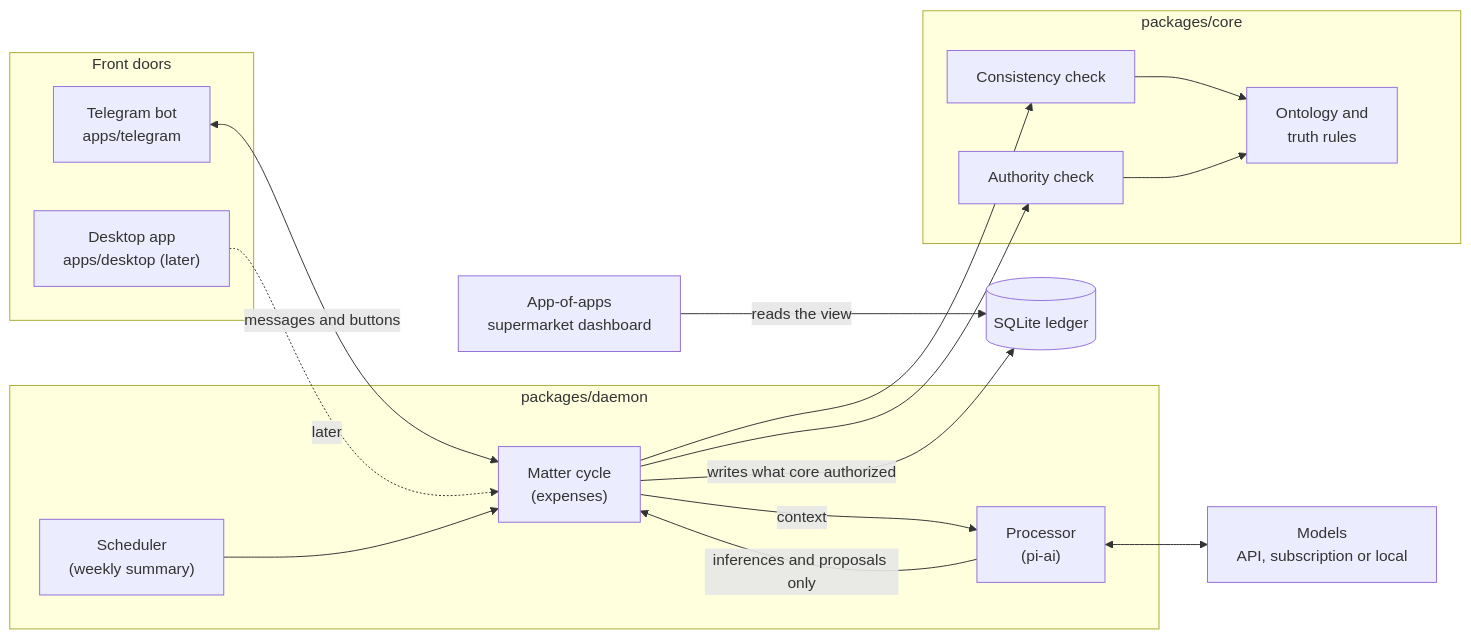
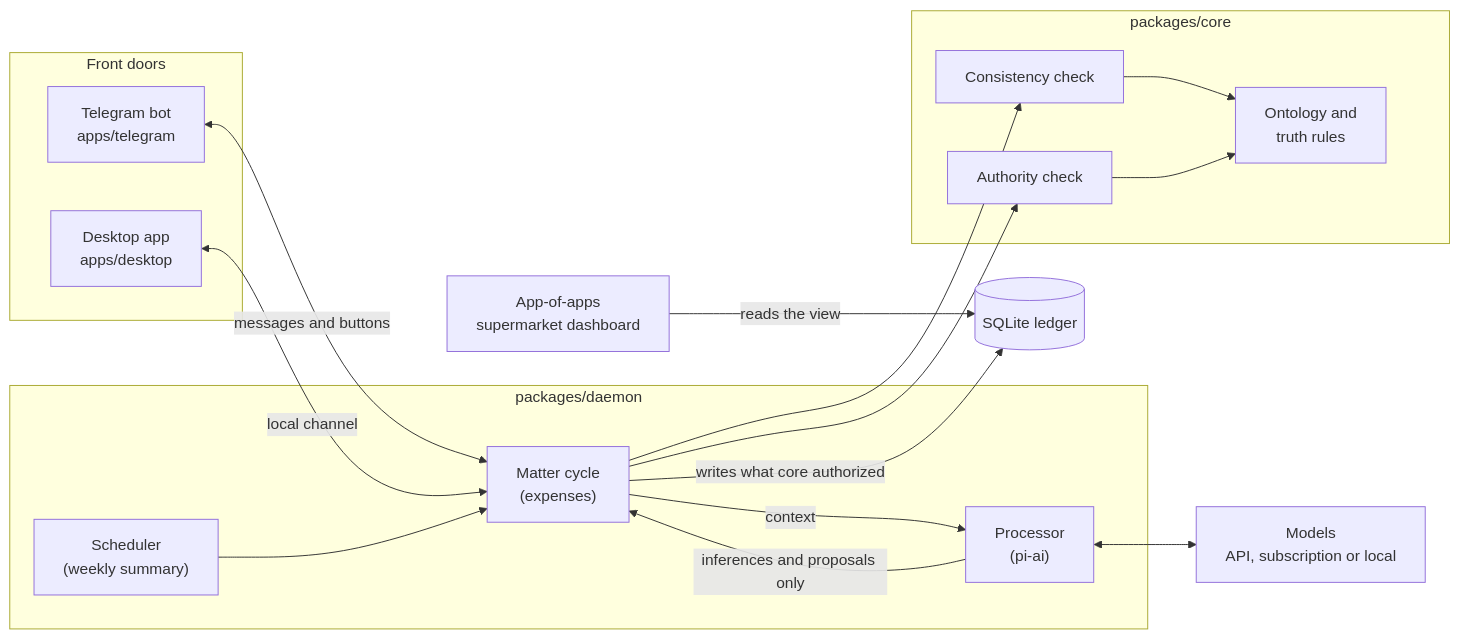
One commit to Sitray/anomander changed the second of 2 diagrams in PRD.md. Above: the diagram before and after it, drawn with Mermaid. The commit also changed other lines of this file and 3 other files, not shown here.

Commit message:
docs: describe the desktop app as built (M6)

````diff
--- a/PRD.md
+++ b/PRD.md
@@ -833,36 +833,36 @@
 ```mermaid
 flowchart LR
     subgraph doors["Front doors"]
         TG["Telegram bot<br/>apps/telegram"]
-        DESK["Desktop app<br/>apps/desktop (later)"]
+        DESK["Desktop app<br/>apps/desktop"]
     end
 
     subgraph daemon["packages/daemon"]
         CYCLE["Matter cycle<br/>(expenses)"]
         SCHED["Scheduler<br/>(weekly summary)"]
         PROC["Processor<br/>(pi-ai)"]
     end
 
     subgraph core["packages/core"]
         TRUTH["Ontology and<br/>truth rules"]
         CONS["Consistency check"]
         AUTH["Authority check"]
     end
 
     DB[("SQLite ledger")]
     MODELS["Models<br/>API, subscription or local"]
     DASH["App-of-apps<br/>supermarket dashboard"]
 
     TG <-->|messages and buttons| CYCLE
-    DESK -.->|later| CYCLE
+    DESK <-->|local channel| CYCLE
     SCHED --> CYCLE
     CYCLE -->|context| PROC
     PROC <--> MODELS
     PROC -->|inferences and proposals only| CYCLE
     CYCLE --> CONS
     CYCLE --> AUTH
     CONS --> TRUTH
     AUTH --> TRUTH
     CYCLE -->|writes what core authorized| DB
     DASH -->|reads the view| DB
 ```
````
